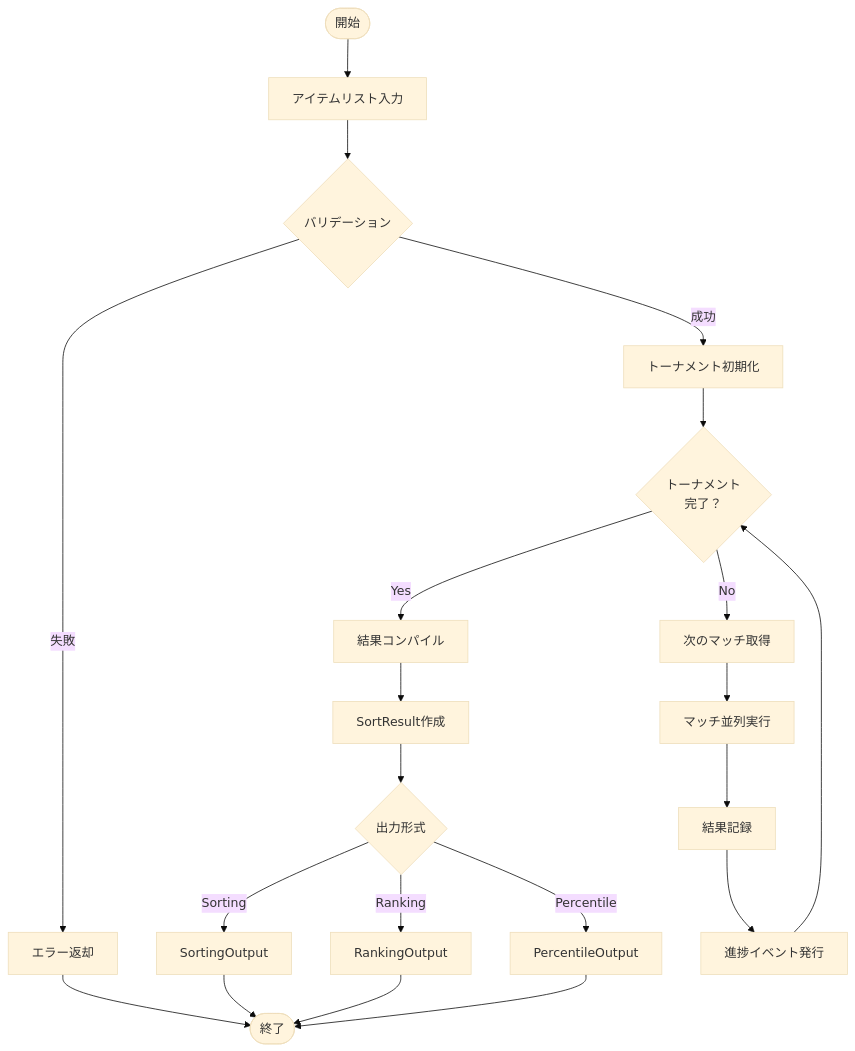
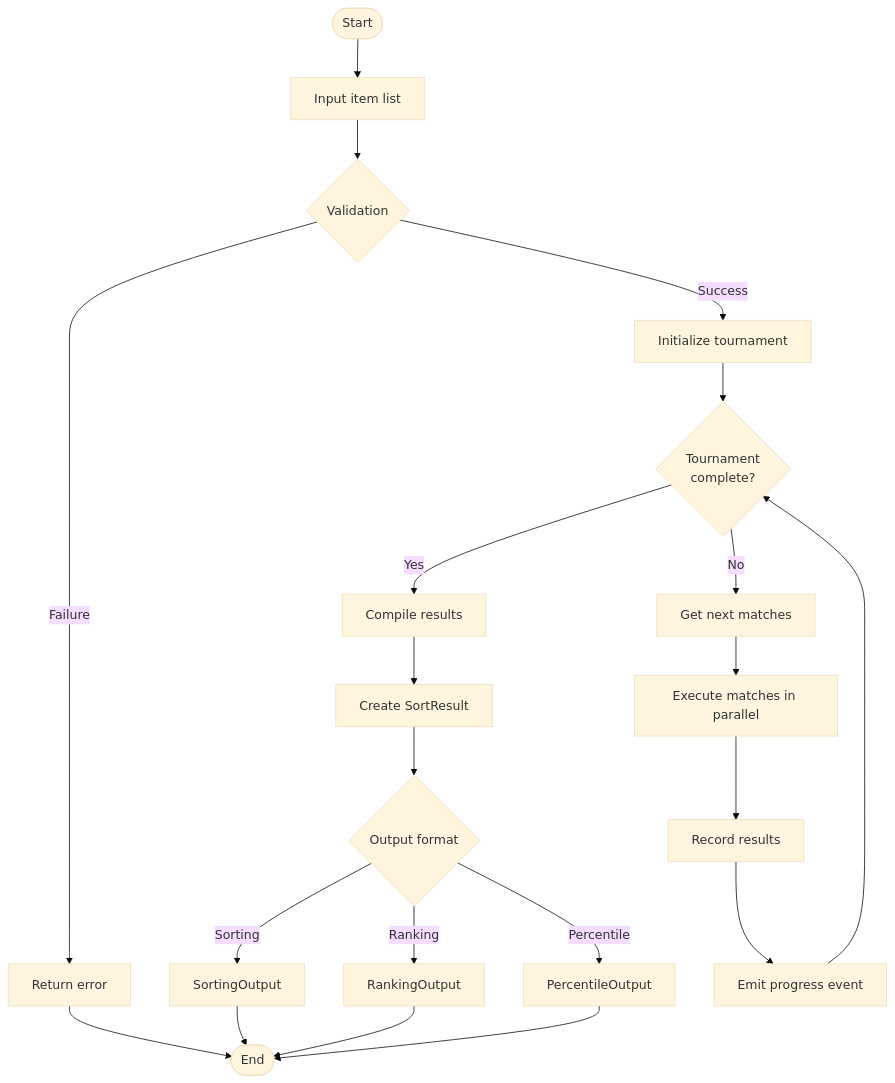
One commit to TomokiIshimine/llm-qualitative-sort changed the third of 3 diagrams in docs/architecture.md. Above: the diagram before and after it, drawn with Mermaid (base theme). The commit also changed other lines of this file and 7 other files, not shown here.

````diff
--- a/docs/architecture.md
+++ b/docs/architecture.md
@@ -122,28 +124,28 @@
 ```mermaid
 flowchart TD
-    Start([開始]) --> Input[アイテムリスト入力]
-    Input --> Validate{バリデーション}
-    Validate -->|失敗| Error[エラー返却]
-    Validate -->|成功| Init[トーナメント初期化]
+    Start([Start]) --> Input[Input item list]
+    Input --> Validate{Validation}
+    Validate -->|Failure| Error[Return error]
+    Validate -->|Success| Init[Initialize tournament]
 
-    Init --> CheckComplete{トーナメント<br/>完了？}
-    CheckComplete -->|Yes| Compile[結果コンパイル]
-    CheckComplete -->|No| GetMatches[次のマッチ取得]
+    Init --> CheckComplete{Tournament<br/>complete?}
+    CheckComplete -->|Yes| Compile[Compile results]
+    CheckComplete -->|No| GetMatches[Get next matches]
 
-    GetMatches --> RunMatches[マッチ並列実行]
-    RunMatches --> RecordResults[結果記録]
-    RecordResults --> EmitProgress[進捗イベント発行]
+    GetMatches --> RunMatches[Execute matches in parallel]
+    RunMatches --> RecordResults[Record results]
+    RecordResults --> EmitProgress[Emit progress event]
     EmitProgress --> CheckComplete
 
-    Compile --> CreateResult[SortResult作成]
-    CreateResult --> FormatOutput{出力形式}
+    Compile --> CreateResult[Create SortResult]
+    CreateResult --> FormatOutput{Output format}
 
     FormatOutput -->|Sorting| SortOut[SortingOutput]
     FormatOutput -->|Ranking| RankOut[RankingOutput]
     FormatOutput -->|Percentile| PercOut[PercentileOutput]
 
-    SortOut --> End([終了])
+    SortOut --> End([End])
     RankOut --> End
     PercOut --> End
     Error --> End
 ```
````
